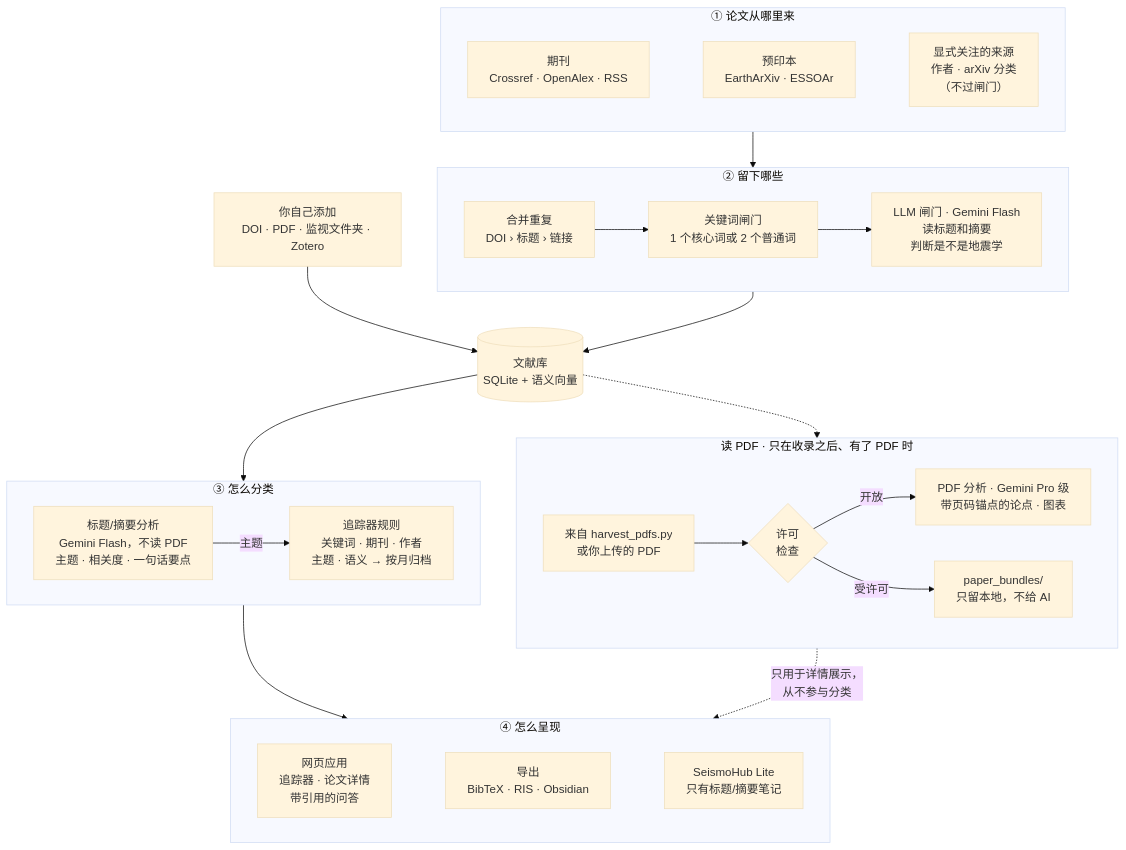
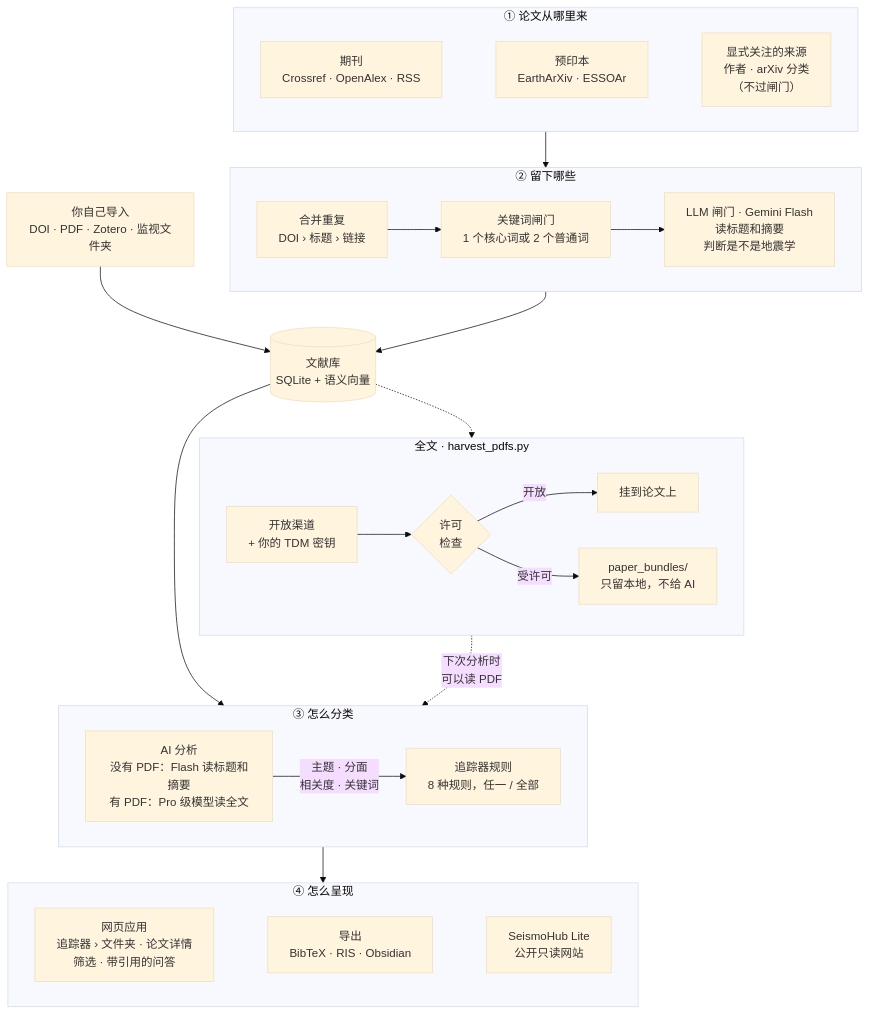
Before and after one commit to WANGYuhan2002/seismohub: the first of 3 diagrams in README_zh.md, drawn with Mermaid (base theme). The commit also changed other lines of this file and 11 other files, not shown here.

````diff
--- a/README_zh.md
+++ b/README_zh.md
@@ -19,40 +19,40 @@
 ```mermaid
 flowchart TB
     subgraph SRC["① 论文从哪里来"]
         direction LR
         J["期刊<br/>Crossref · OpenAlex · RSS"]
         PP["预印本<br/>EarthArXiv · ESSOAr"]
         FO["显式关注的来源<br/>作者 · arXiv 分类<br/>（不过闸门）"]
         J ~~~ PP ~~~ FO
     end
     subgraph KEEP["② 留下哪些"]
         direction LR
         DD["合并重复<br/>DOI › 标题 › 链接"] --> KG["关键词闸门<br/>1 个核心词或 2 个普通词"] --> LG["LLM 闸门 · Gemini Flash<br/>读标题和摘要<br/>判断是不是地震学"]
     end
-    ME["你自己添加<br/>DOI · PDF · 监视文件夹 · Zotero"]
+    ME["你自己导入<br/>DOI · PDF · Zotero · 监视文件夹"]
     DB[("文献库<br/>SQLite + 语义向量")]
     subgraph CLS["③ 怎么分类"]
         direction LR
-        AI["标题/摘要分析<br/>Gemini Flash，不读 PDF<br/>主题 · 相关度 · 一句话要点"]
-        TR["追踪器规则<br/>关键词 · 期刊 · 作者<br/>主题 · 语义 → 按月归档"]
-        AI -->|主题| TR
-    end
-    subgraph DEEP["读 PDF · 只在收录之后、有了 PDF 时"]
-        direction LR
-        HV["来自 harvest_pdfs.py<br/>或你上传的 PDF"] --> CK{"许可<br/>检查"}
-        CK -->|开放| PA["PDF 分析 · Gemini Pro 级<br/>带页码锚点的论点 · 图表"]
-        CK -->|受许可| BND["paper_bundles/<br/>只留本地，不给 AI"]
+        AI["AI 分析<br/>没有 PDF：Flash 读标题和摘要<br/>有 PDF：Pro 级模型读全文"]
+        TR["追踪器规则<br/>8 种规则，任一 / 全部"]
+        AI -->|"主题 · 分面<br/>相关度 · 关键词"| TR
     end
     subgraph OUT["④ 怎么呈现"]
         direction LR
-        APP["网页应用<br/>追踪器 · 论文详情<br/>带引用的问答"]
+        APP["网页应用<br/>追踪器 › 文件夹 · 论文详情<br/>筛选 · 带引用的问答"]
         EXP["导出<br/>BibTeX · RIS · Obsidian"]
-        LITE["SeismoHub Lite<br/>只有标题/摘要笔记"]
+        LITE["SeismoHub Lite<br/>公开只读网站"]
         APP ~~~ EXP ~~~ LITE
+    end
+    subgraph FT["全文 · harvest_pdfs.py"]
+        direction LR
+        HV["开放渠道<br/>+ 你的 TDM 密钥"] --> CK{"许可<br/>检查"}
+        CK -->|开放| ATT["挂到论文上"]
+        CK -->|受许可| BND["paper_bundles/<br/>只留本地，不给 AI"]
     end
     SRC --> KEEP --> DB
     ME --> DB
     DB --> CLS --> OUT
-    DB -.-> DEEP
-    DEEP -.->|"只用于详情展示，<br/>从不参与分类"| OUT
+    DB -.-> FT
+    FT -.->|"下次分析时<br/>可以读 PDF"| CLS
 ```
````
